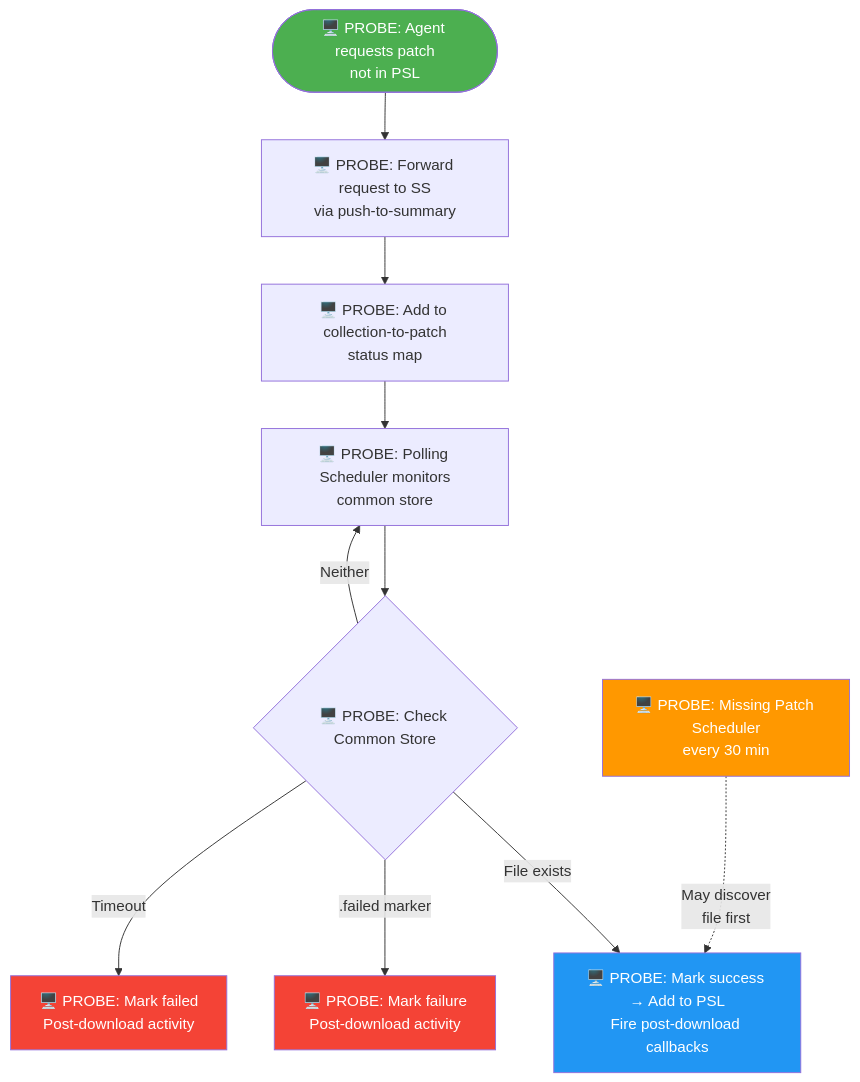
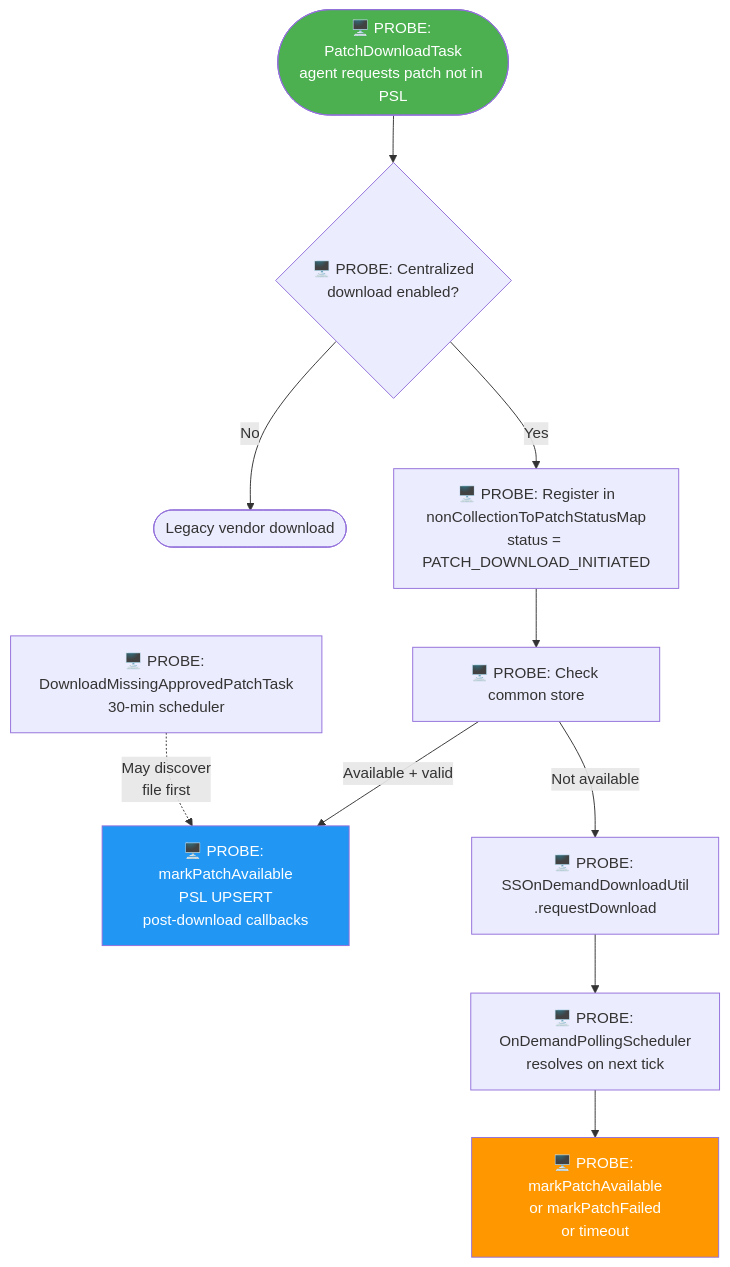
Before and after one commit to ranjithkumar-a-23525/RebaseEx: the second of 31 diagrams in use-case-diagrams.md, drawn with Mermaid. The commit also changed other lines of this file, not shown here.

````diff
--- a/use-case-diagrams.md
+++ b/use-case-diagrams.md
@@ -38,19 +54,17 @@
 ```mermaid
 flowchart TD
-    A(["🖥️ PROBE: Agent requests patch<br/>not in PSL"]) --> B["🖥️ PROBE: Forward request to SS<br/>via push-to-summary"]
-    B --> C["🖥️ PROBE: Add to collection-to-patch<br/>status map"]
-    C --> D["🖥️ PROBE: Polling Scheduler monitors<br/>common store"]
-    D --> E{"🖥️ PROBE: Check Common Store"}
-    E -->|File exists| F["🖥️ PROBE: Mark success → Add to PSL<br/>Fire post-download callbacks"]
-    E -->|.failed marker| G["🖥️ PROBE: Mark failure<br/>Post-download activity"]
-    E -->|Timeout| H["🖥️ PROBE: Mark failed<br/>Post-download activity"]
-    E -->|Neither| D
+    A(["🖥️ PROBE: PatchDownloadTask<br/>agent requests patch not in PSL"]) --> B{"🖥️ PROBE: Centralized<br/>download enabled?"}
+    B -->|No| Z(["Legacy vendor download"])
+    B -->|Yes| C["🖥️ PROBE: Register in<br/>nonCollectionToPatchStatusMap<br/>status = PATCH_DOWNLOAD_INITIATED"]
+    C --> D["🖥️ PROBE: Check common store"]
+    D -->|Available + valid| E["🖥️ PROBE: markPatchAvailable<br/>PSL UPSERT<br/>post-download callbacks"]
+    D -->|Not available| F["🖥️ PROBE: SSOnDemandDownloadUtil<br/>.requestDownload"]
+    F --> G["🖥️ PROBE: OnDemandPollingScheduler<br/>resolves on next tick"]
+    G --> H["🖥️ PROBE: markPatchAvailable<br/>or markPatchFailed<br/>or timeout"]
 
-    I["🖥️ PROBE: Missing Patch Scheduler<br/>every 30 min"] -.->|May discover<br/>file first| F
+    I["🖥️ PROBE: DownloadMissingApprovedPatchTask<br/>30-min scheduler"] -.->|May discover<br/>file first| E
 
     style A fill:#4CAF50,color:#fff
-    style F fill:#2196F3,color:#fff
-    style G fill:#f44336,color:#fff
-    style H fill:#f44336,color:#fff
-    style I fill:#FF9800,color:#fff
+    style E fill:#2196F3,color:#fff
+    style H fill:#FF9800,color:#fff
 ```
````
